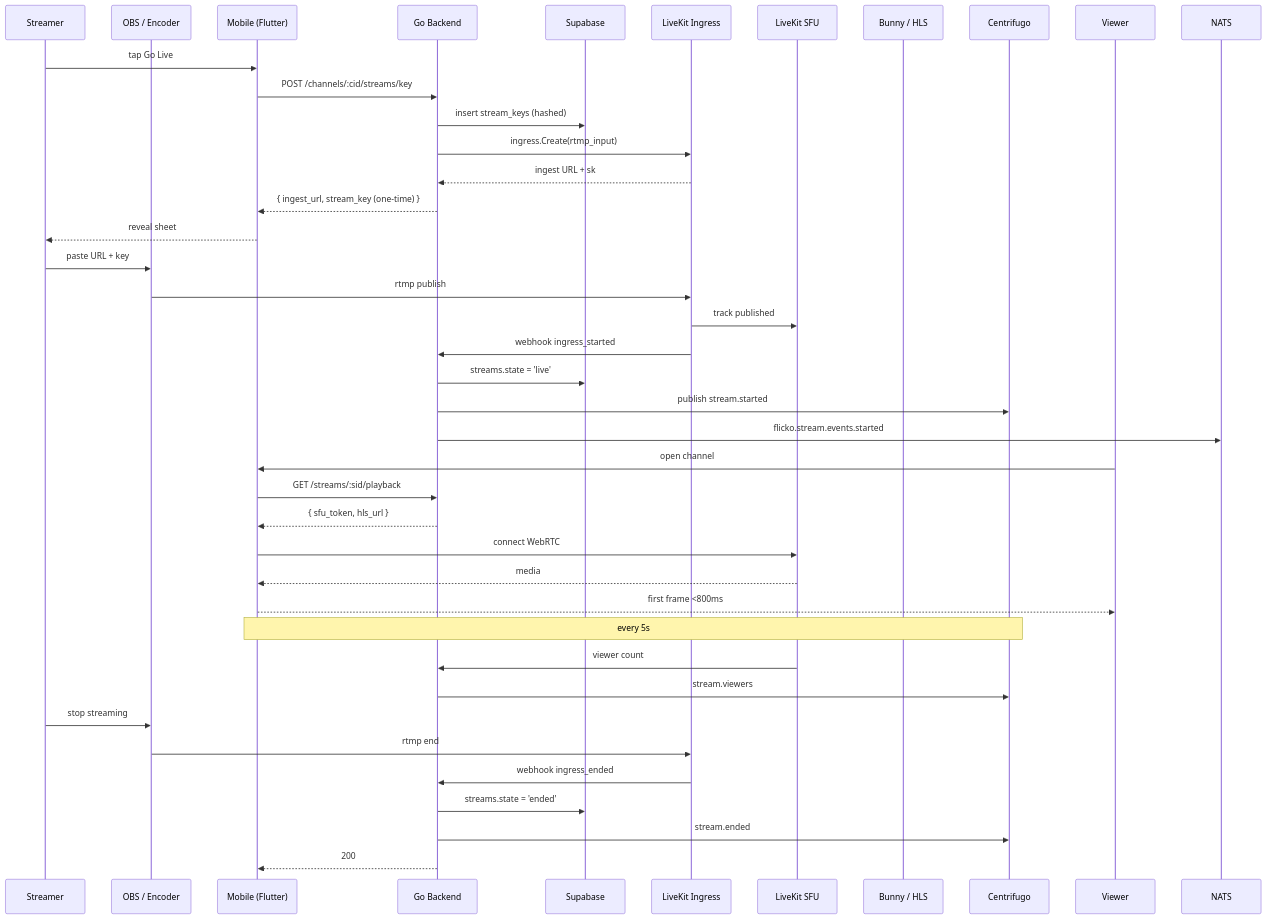
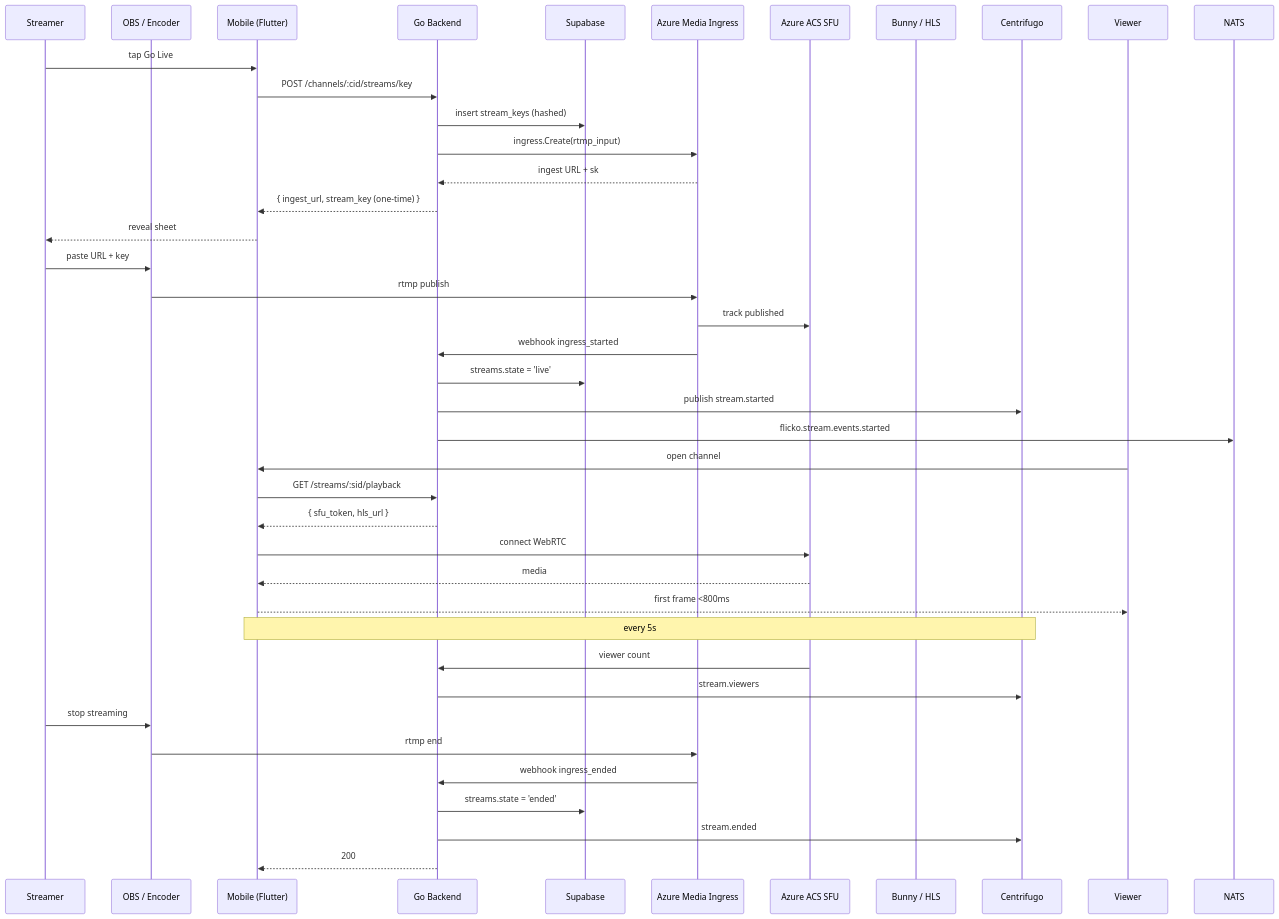
The diagram in missing-features/11-streaming/native-rtmp-streaming/APPFLOW.md (Santosh-Prasad-Verma/Flicko), drawn with Mermaid before and after one commit. The commit also changed other lines of this file and 225 other files, not shown here.

Commit message:
feat: eliminate legacy LiveKit references, align with Azure ACS VoIP stack, and prune docs (#84)

````diff
--- a/missing-features/11-streaming/native-rtmp-streaming/APPFLOW.md
+++ b/missing-features/11-streaming/native-rtmp-streaming/APPFLOW.md
@@ -5,47 +5,47 @@
 ```mermaid
 sequenceDiagram
     participant Streamer
     participant OBS as OBS / Encoder
     participant App as Mobile (Flutter)
     participant API as Go Backend
     participant DB as Supabase
-    participant LK as LiveKit Ingress
-    participant SFU as LiveKit SFU
+    participant LK as Azure Media Ingress
+    participant SFU as Azure ACS SFU
     participant CDN as Bunny / HLS
     participant RT as Centrifugo
     participant Viewer
 
     Streamer->>App: tap Go Live
     App->>API: POST /channels/:cid/streams/key
     API->>DB: insert stream_keys (hashed)
     API->>LK: ingress.Create(rtmp_input)
     LK-->>API: ingest URL + sk
     API-->>App: { ingest_url, stream_key (one-time) }
     App-->>Streamer: reveal sheet
 
     Streamer->>OBS: paste URL + key
     OBS->>LK: rtmp publish
     LK->>SFU: track published
     LK->>API: webhook ingress_started
     API->>DB: streams.state = 'live'
     API->>RT: publish stream.started
     API->>NATS: flicko.stream.events.started
 
     Viewer->>App: open channel
     App->>API: GET /streams/:sid/playback
     API-->>App: { sfu_token, hls_url }
     App->>SFU: connect WebRTC
     SFU-->>App: media
     App-->>Viewer: first frame <800ms
 
     Note over App,RT: every 5s
     SFU->>API: viewer count
     API->>RT: stream.viewers
 
     Streamer->>OBS: stop streaming
     OBS->>LK: rtmp end
     LK->>API: webhook ingress_ended
     API->>DB: streams.state = 'ended'
     API->>RT: stream.ended
     API-->>App: 200
 ```
````
